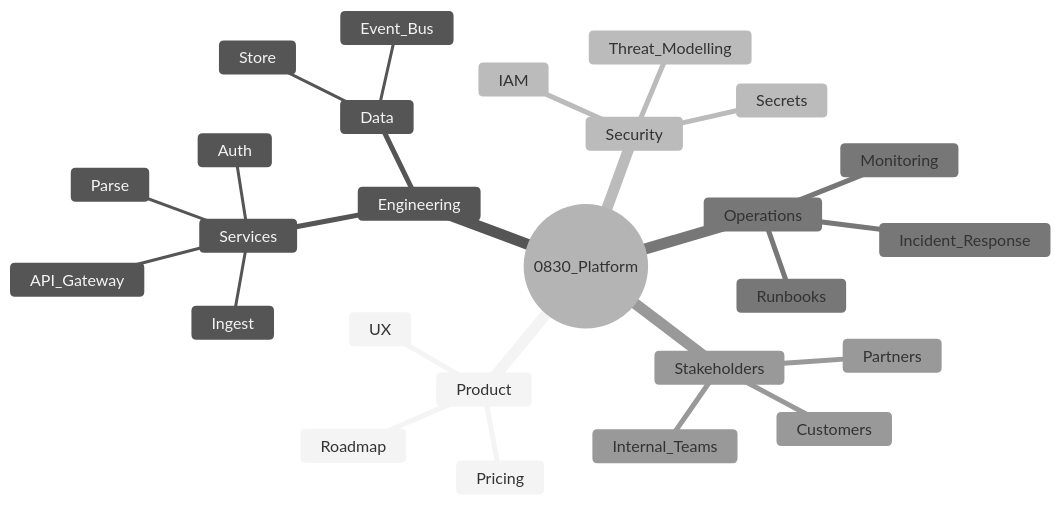
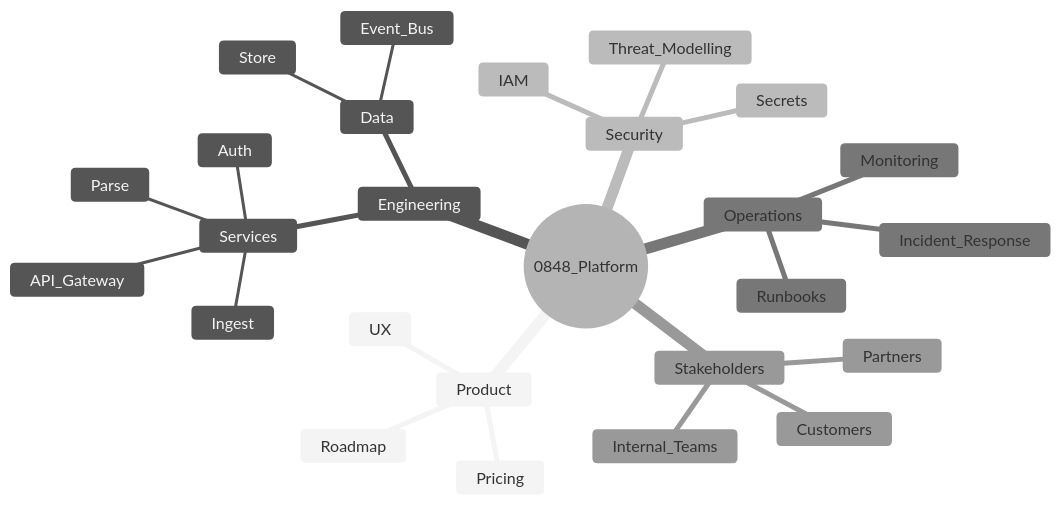
The diagram in diagrams-src/PlatformMindMap.mmd (Beyondthemountain/RoboMermaid), drawn with Mermaid (neutral theme) before and after one commit.

```diff
--- a/diagrams-src/PlatformMindMap.mmd
+++ b/diagrams-src/PlatformMindMap.mmd
@@ -1,58 +1,58 @@
 mindmap
 %% Global (included in all views)
-  root((0830_Platform))
+  root((0848_Platform))
 
 %%@view:overview,product
     Product
 %%@view:product
       Roadmap
 %%@view:product
       UX
 %%@view:product
       Pricing
 
 %%@view:overview,engineering
     Engineering
 %%@view:engineering
       Services
 %%@view:engineering
         API_Gateway
 %%@view:engineering
         Auth
 %%@view:engineering
         Ingest
 %%@view:engineering
         Parse
 %%@view:engineering
       Data
 %%@view:engineering
         Store
 %%@view:engineering
         Event_Bus
 
 %%@view:overview,security
     Security
 %%@view:security
       IAM
 %%@view:security
       Secrets
 %%@view:security
       Threat_Modelling
 
 %%@view:overview,ops
     Operations
 %%@view:ops
       Monitoring
 %%@view:ops
       Incident_Response
 %%@view:ops
       Runbooks
 
 %%@view:overview,stakeholders
     Stakeholders
 %%@view:stakeholders
       Customers
 %%@view:stakeholders
       Partners
 %%@view:stakeholders
       Internal_Teams
```
